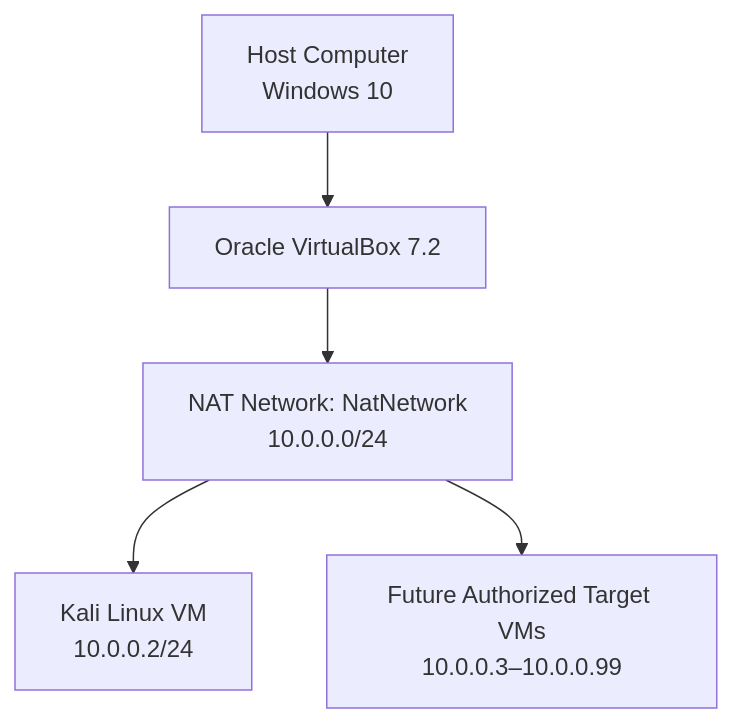
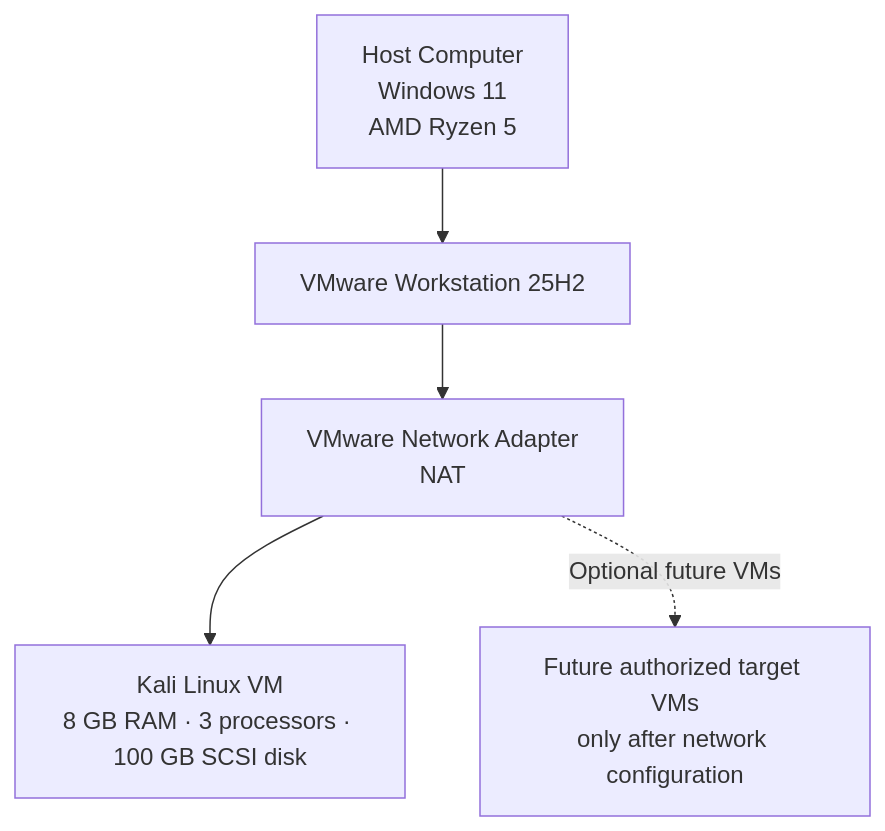
One commit to Hacker-Ayush-py03/NETWORK_WALKS changed the diagram in README.md. Above: the diagram before and after it, drawn with Mermaid. The commit also changed other lines of this file, not shown here.

````diff
--- a/README.md
+++ b/README.md
@@ -70,13 +77,13 @@
 ```mermaid
 flowchart TB
-    HOST[Host Computer\nWindows 10]
-    VBOX[Oracle VirtualBox 7.2]
-    NAT[NAT Network: NatNetwork\n10.0.0.0/24]
-    KALI[Kali Linux VM\n10.0.0.2/24]
-    TARGET[Future Authorized Target VMs\n10.0.0.3–10.0.0.99]
+    HOST[Host Computer<br/>Windows 11<br/>AMD Ryzen 5]
+    VMWARE[VMware Workstation 25H2]
+    NAT[VMware Network Adapter<br/>NAT]
+    KALI[Kali Linux VM<br/>8 GB RAM · 3 processors · 100 GB SCSI disk]
+    TARGET[Future authorized target VMs<br/>only after network configuration]
 
-    HOST --> VBOX
-    VBOX --> NAT
+    HOST --> VMWARE
+    VMWARE --> NAT
     NAT --> KALI
-    NAT --> TARGET
+    NAT -. Optional future VMs .-> TARGET
 ```
````
